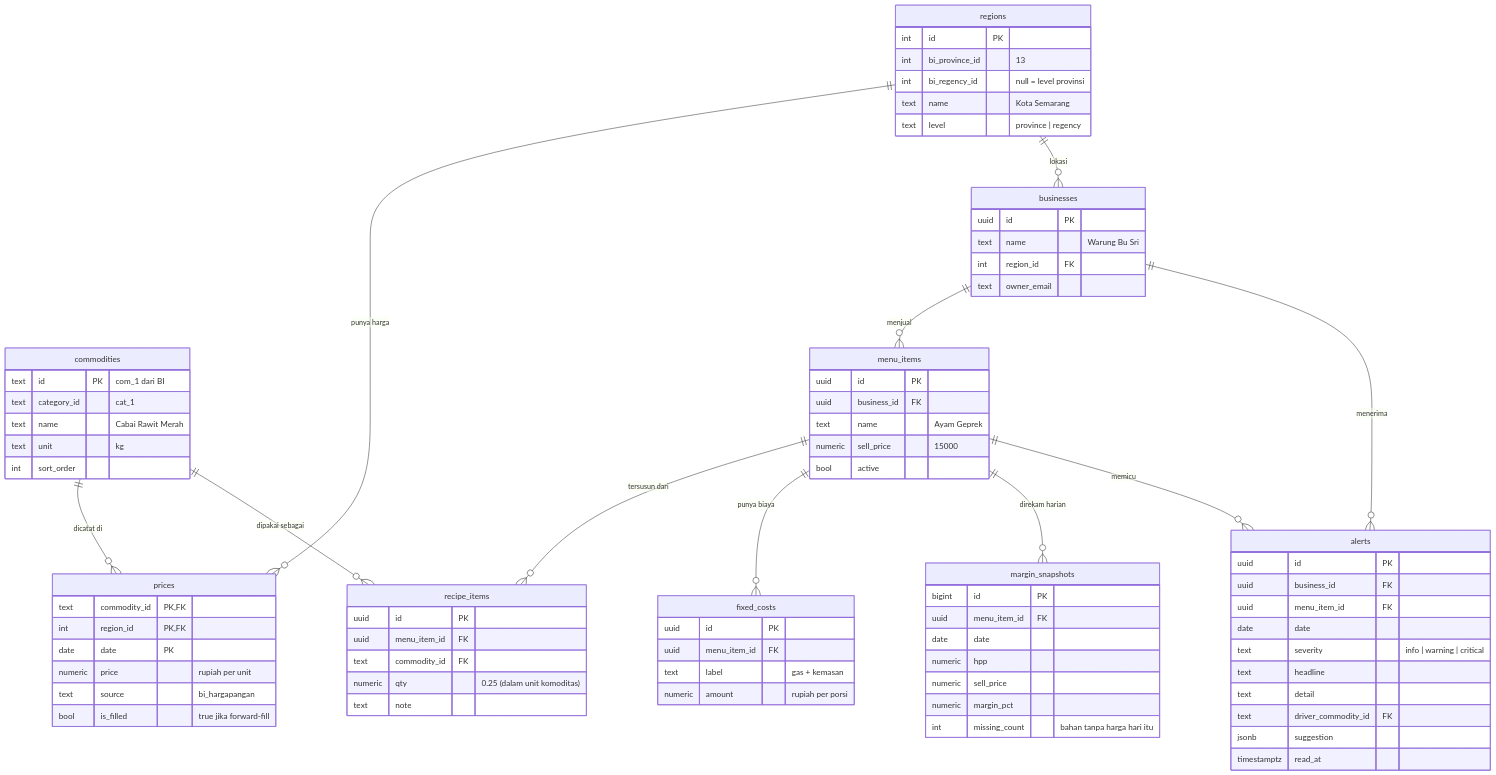
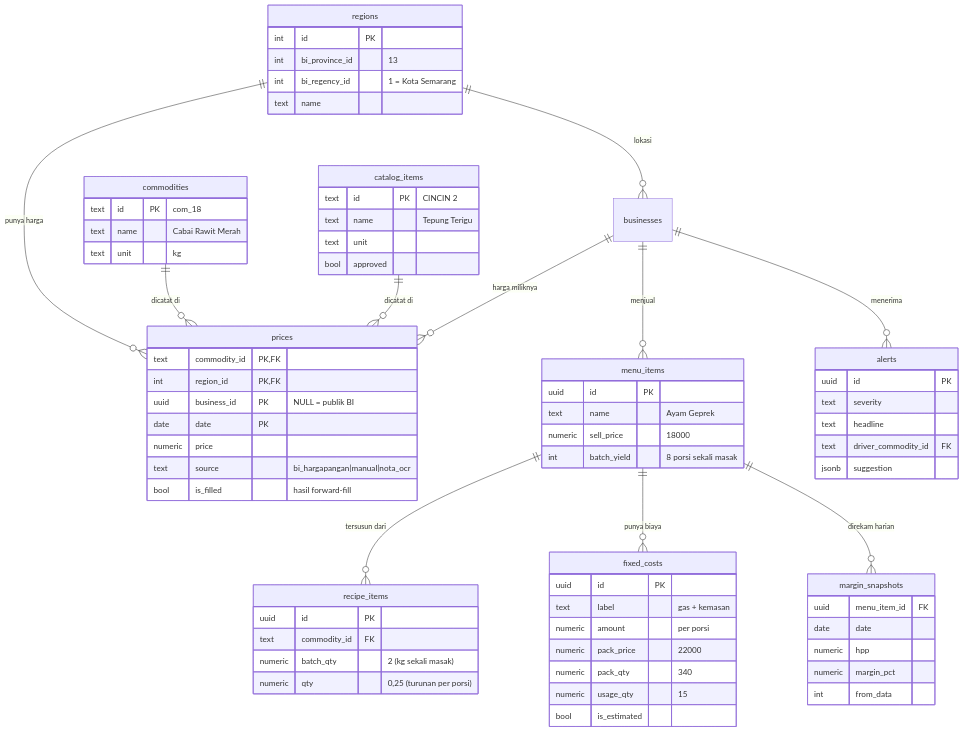
Before and after one commit to ZoeMohamed/Exasti: the diagram in docs/02-ARCHITECTURE.md, drawn with Mermaid. The commit also changed other lines of this file and 8 other files, not shown here.

First line of the commit message:
Perbarui seluruh dokumentasi dari hasil riset dan keputusan desain

````diff
--- a/docs/02-ARCHITECTURE.md
+++ b/docs/02-ARCHITECTURE.md
@@ -68,82 +74,74 @@
 erDiagram
     regions ||--o{ prices : "punya harga"
     commodities ||--o{ prices : "dicatat di"
+    catalog_items ||--o{ prices : "dicatat di"
     regions ||--o{ businesses : "lokasi"
+    businesses ||--o{ prices : "harga miliknya"
     businesses ||--o{ menu_items : "menjual"
     menu_items ||--o{ recipe_items : "tersusun dari"
     menu_items ||--o{ fixed_costs : "punya biaya"
-    commodities ||--o{ recipe_items : "dipakai sebagai"
     menu_items ||--o{ margin_snapshots : "direkam harian"
     businesses ||--o{ alerts : "menerima"
-    menu_items ||--o{ alerts : "memicu"
 
     commodities {
-        text id PK "com_1 dari BI"
-        text category_id "cat_1"
+        text id PK "com_18"
         text name "Cabai Rawit Merah"
         text unit "kg"
-        int  sort_order
+    }
+    catalog_items {
+        text id PK "CINCIN 2"
+        text name "Tepung Terigu"
+        text unit
+        bool approved
     }
     regions {
         int  id PK
         int  bi_province_id "13"
-        int  bi_regency_id  "null = level provinsi"
-        text name "Kota Semarang"
-        text level "province | regency"
+        int  bi_regency_id "1 = Kota Semarang"
+        text name
     }
     prices {
         text    commodity_id PK,FK
         int     region_id PK,FK
+        uuid    business_id PK "NULL = publik BI"
         date    date PK
-        numeric price "rupiah per unit"
-        text    source "bi_hargapangan"
-        bool    is_filled "true jika forward-fill"
-    }
-    businesses {
-        uuid id PK
-        text name "Warung Bu Sri"
-        int  region_id FK
-        text owner_email
+        numeric price
+        text    source "bi_hargapangan|manual|nota_ocr"
+        bool    is_filled "hasil forward-fill"
     }
     menu_items {
         uuid    id PK
-        uuid    business_id FK
         text    name "Ayam Geprek"
-        numeric sell_price "15000"
-        bool    active
+        numeric sell_price "18000"
+        int     batch_yield "8 porsi sekali masak"
     }
     recipe_items {
         uuid    id PK
-        uuid    menu_item_id FK
         text    commodity_id FK
-        numeric qty "0.25 (dalam unit komoditas)"
-        text    note
+        numeric batch_qty "2 (kg sekali masak)"
+        numeric qty "0,25 (turunan per porsi)"
     }
     fixed_costs {
         uuid    id PK
-        uuid    menu_item_id FK
         text    label "gas + kemasan"
-        numeric amount "rupiah per porsi"
+        numeric amount "per porsi"
+        numeric pack_price "22000"
+        numeric pack_qty "340"
+        numeric usage_qty "15"
+        bool    is_estimated
     }
     margin_snapshots {
-        bigint  id PK
         uuid    menu_item_id FK
         date    date
         numeric hpp
-        numeric sell_price
         numeric margin_pct
-        int     missing_count "bahan tanpa harga hari itu"
+        int     from_data
     }
     alerts {
         uuid  id PK
-        uuid  business_id FK
-        uuid  menu_item_id FK
-        date  date
-        text  severity "info | warning | critical"
+        text  severity
         text  headline
-        text  detail
         text  driver_commodity_id FK
         jsonb suggestion
-        timestamptz read_at
     }
 ```
````
